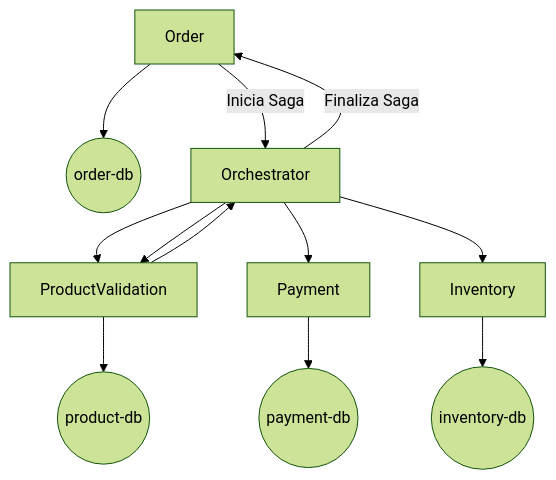
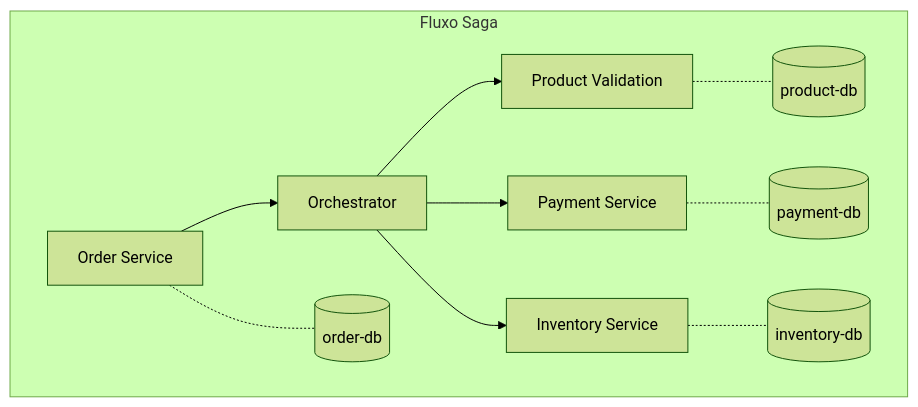
Before and after one commit to danilovalerio/sales-microsservicos-saga-orquestrado: the diagram in README.md, drawn with Mermaid (forest theme).

````diff
--- a/README.md
+++ b/README.md
@@ -17,24 +4,37 @@
 ```mermaid
 
 flowchart TB
   classDef done fill:#009900,stroke:#ffffff
   classDef todo fill:#990000,stroke:#ffffff
   classDef in_progress fill:#999900,stroke:#ffffff
+  
+  subgraph Fluxo Saga 
+      Order[Order Service]
+      OrderDB[(order-db)]
+      
+      Orchestrator[Orchestrator]
+      
+      ProductValidation[Product Validation]
+      ProductValidationDB[(product-db)]
+      
+      Payment[Payment Service]
+      PaymentDB[(payment-db)]
+      
+      Inventory[Inventory Service]
+      InventoryDB[(inventory-db)]
+  end
 
 
-  Order --> OrderDB
-  Order -->|Inicia Saga| Orchestrator
-  Orchestrator -->|Finaliza Saga| Order
+  Order --> Orchestrator
+  Order -.- OrderDB
   Orchestrator --> ProductValidation
-  Orchestrator --> ProductValidation
-  ProductValidation -->  Orchestrator
   Orchestrator --> Payment
   Orchestrator --> Inventory
-  ProductValidation --> ProductValidationDB((product-db))
-  Payment --> PaymentDB((payment-db))
-  Inventory --> InventoryDB((inventory-db))
-  OrderDB((order-db))
+  ProductValidation -.- ProductValidationDB
+  Payment -.- PaymentDB
+  Inventory -.- InventoryDB
+  
   
 
 
 ```
````
